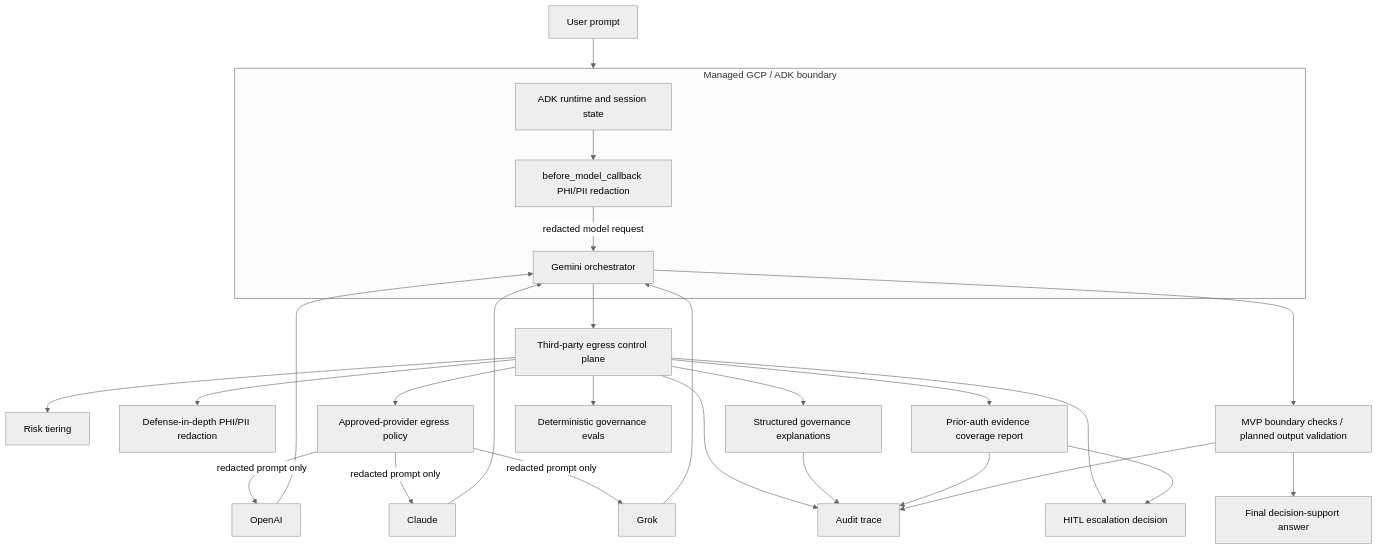
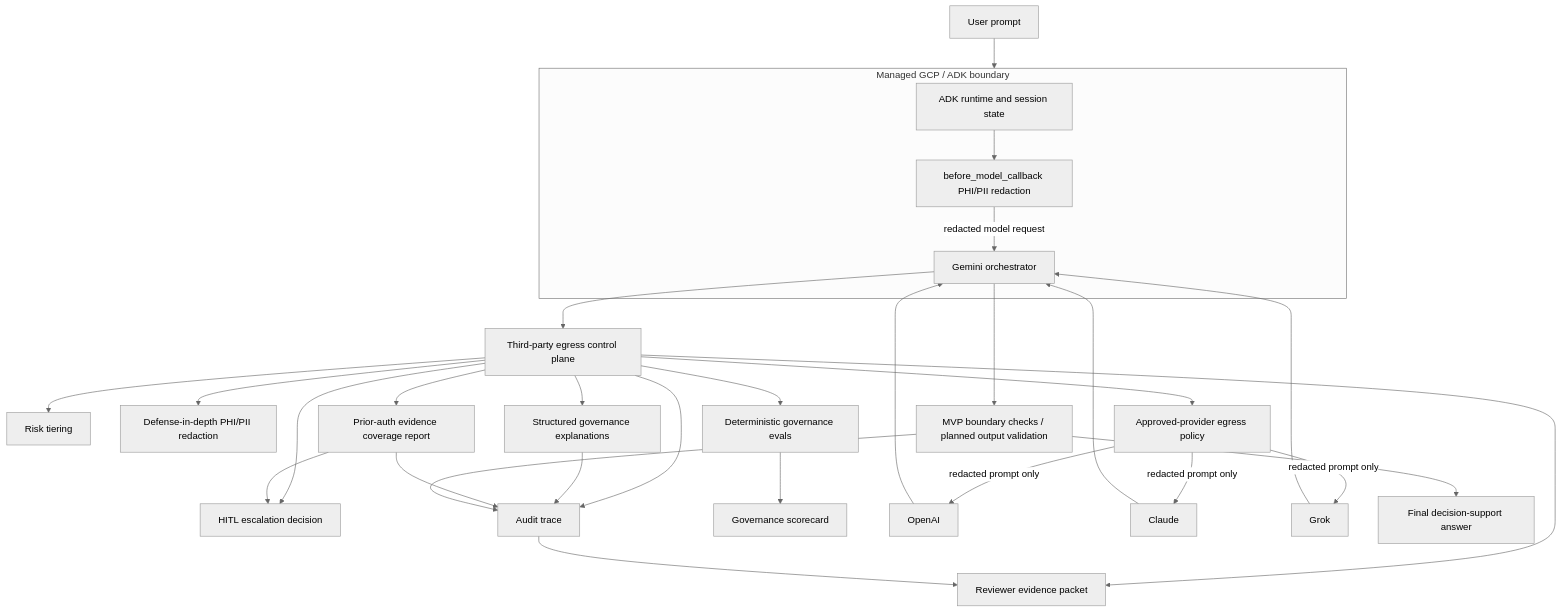
Before and after one commit to acblabs/multi_llm: the diagram in docs/architecture.md, drawn with Mermaid (neutral theme). The commit also changed other lines of this file and 16 other files, not shown here.

Commit message:
Implement governance evidence packet pipeline

````diff
--- a/docs/architecture.md
+++ b/docs/architecture.md
@@ -3,32 +3,35 @@
 ```mermaid
 flowchart TD
     U[User prompt] --> BAA
     subgraph BAA[Managed GCP / ADK boundary]
         ADK[ADK runtime and session state]
         PR[before_model_callback PHI/PII redaction]
         GEM[Gemini orchestrator]
         ADK --> PR
         PR -->|redacted model request| GEM
     end
     GEM --> G[Third-party egress control plane]
     G --> R[Risk tiering]
     G --> P[Defense-in-depth PHI/PII redaction]
     G --> E[Approved-provider egress policy]
     G --> EX[Structured governance explanations]
     G --> EC[Prior-auth evidence coverage report]
     G --> H[HITL escalation decision]
     G --> A[Audit trace]
     G --> EV[Deterministic governance evals]
+    G --> EP[Reviewer evidence packet]
+    EV --> SC[Governance scorecard]
     EX --> A
     EC --> A
     EC --> H
+    A --> EP
     E -->|redacted prompt only| O[OpenAI]
     E -->|redacted prompt only| C[Claude]
     E -->|redacted prompt only| X[Grok]
     O --> GEM
     C --> GEM
     X --> GEM
     GEM --> V[MVP boundary checks / planned output validation]
     V --> A
     V --> F[Final decision-support answer]
 ```
````
